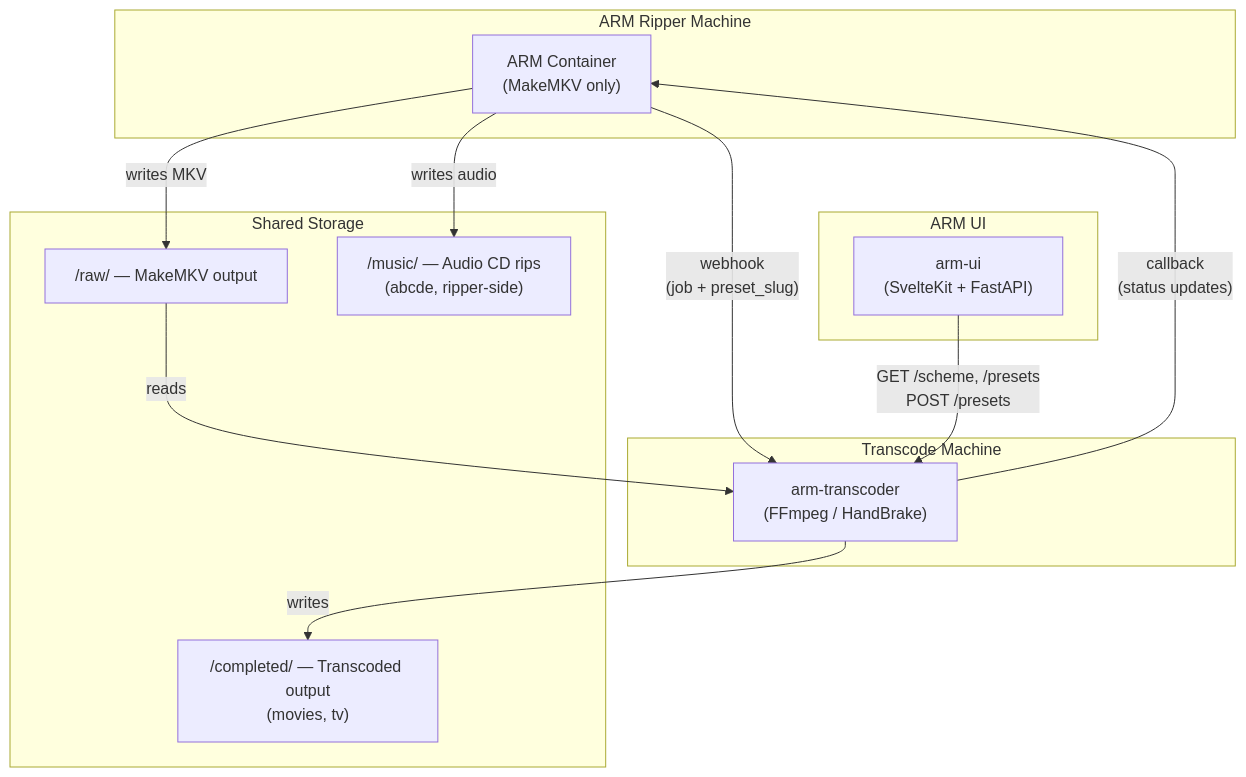
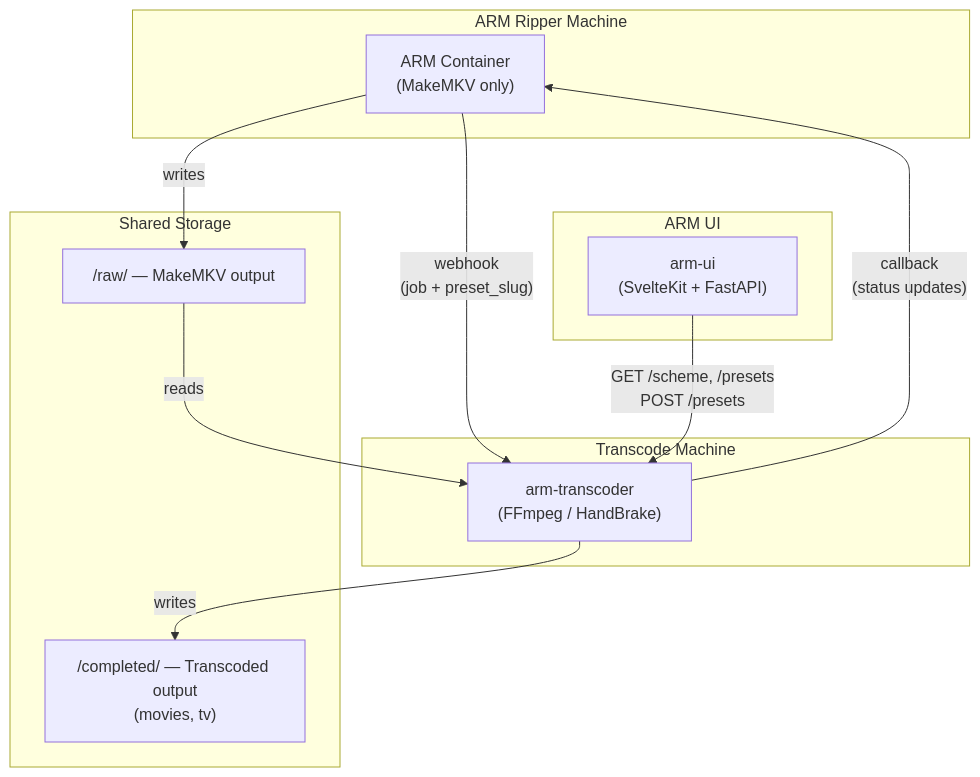
One commit to uprightbass360/automatic-ripping-machine-transcoder changed the diagram in README.md. Above: the diagram before and after it, drawn with Mermaid.

Commit message:
docs: remove music from transcoder diagram (video only)

````diff
--- a/README.md
+++ b/README.md
@@ -28,28 +28,26 @@
 ```mermaid
 flowchart TB
     subgraph ripper["ARM Ripper Machine"]
         ARM["ARM Container<br/>(MakeMKV only)"]
     end
 
     subgraph ui["ARM UI"]
         UI["arm-ui<br/>(SvelteKit + FastAPI)"]
     end
 
     subgraph transcoder["Transcode Machine"]
         TC["arm-transcoder<br/>(FFmpeg / HandBrake)"]
     end
 
     subgraph storage["Shared Storage"]
         RAW["/raw/ — MakeMKV output"]
         DONE["/completed/ — Transcoded output<br/>(movies, tv)"]
-        MUSIC["/music/ — Audio CD rips<br/>(abcde, ripper-side)"]
     end
 
     ARM -- "webhook<br/>(job + preset_slug)" --> TC
     TC -- "callback<br/>(status updates)" --> ARM
     UI -- "GET /scheme, /presets<br/>POST /presets" --> TC
-    ARM -- "writes MKV" --> RAW
-    ARM -- "writes audio" --> MUSIC
+    ARM -- "writes" --> RAW
     RAW -- "reads" --> TC
     TC -- "writes" --> DONE
 ```
````
